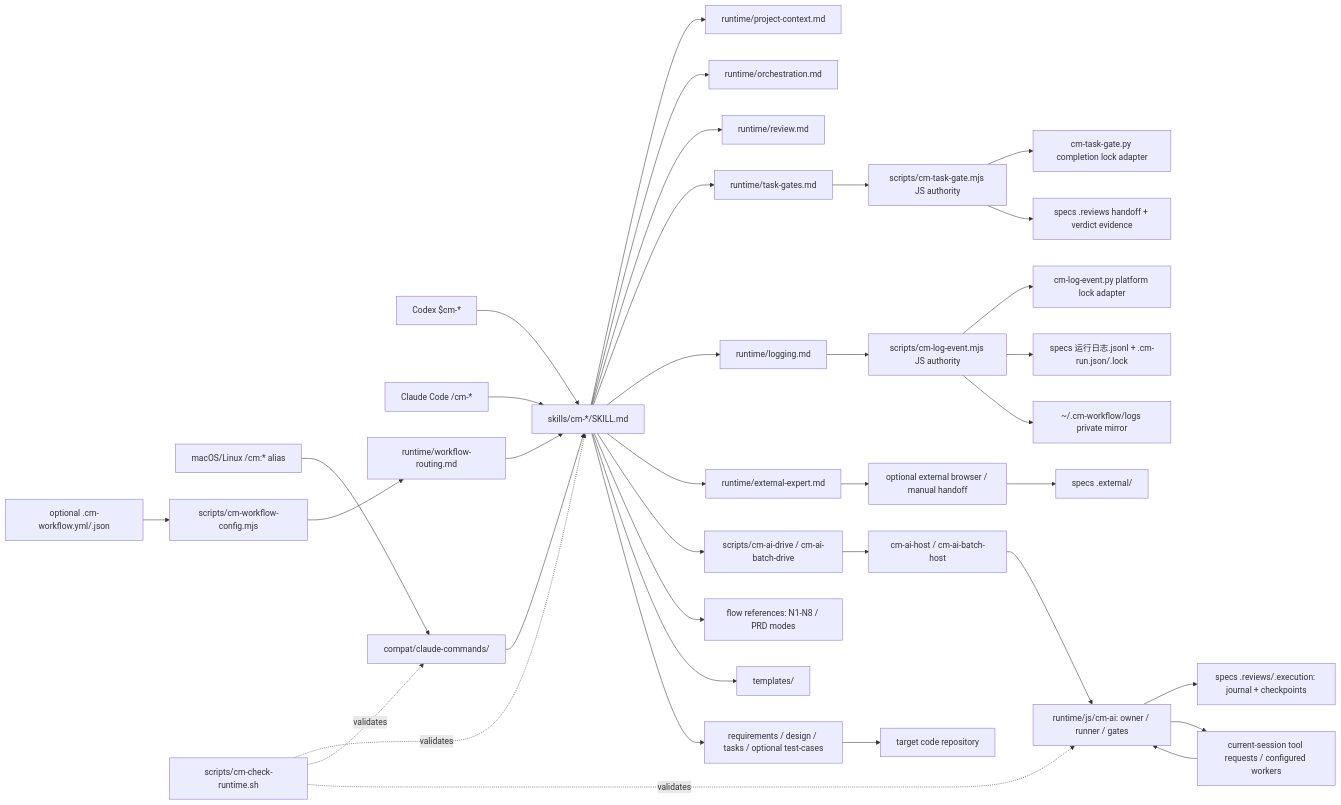
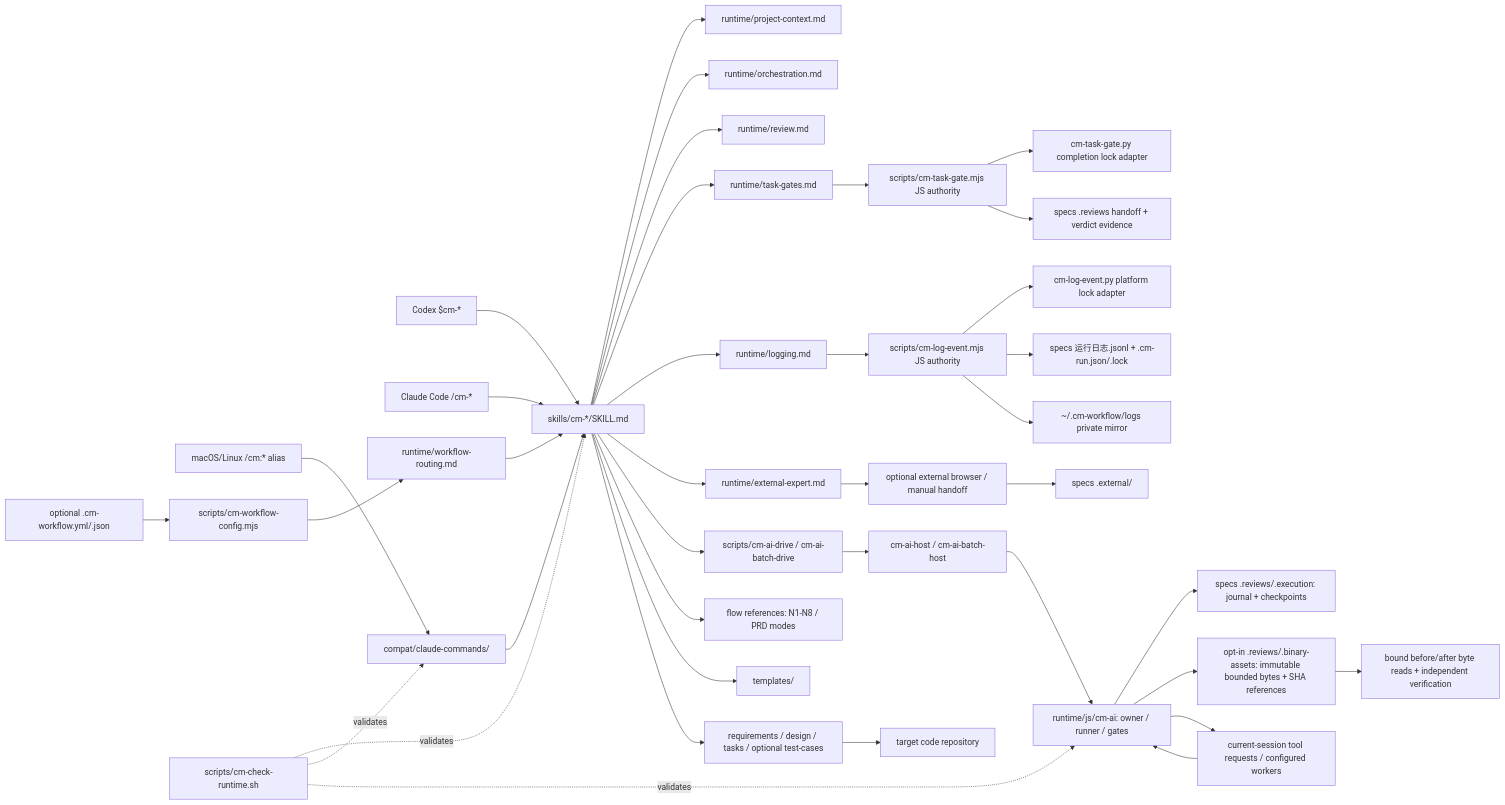
Before and after one commit to kingxiaozhe/cm-workflow: the diagram in docs/architecture.md, drawn with Mermaid. The commit also changed other lines of this file and 197 other files, not shown here.

````diff
--- a/docs/architecture.md
+++ b/docs/architecture.md
@@ -5,38 +5,40 @@
 ```mermaid
 flowchart LR
     Codex["Codex $cm-*"] --> Skills["skills/cm-*/SKILL.md"]
     Claude["Claude Code /cm-*"] --> Skills
     Legacy["macOS/Linux /cm:* alias"] --> Wrappers["compat/claude-commands/"]
     Wrappers --> Skills
     Skills --> Context["runtime/project-context.md"]
     Skills --> Orchestration["runtime/orchestration.md"]
     Skills --> Review["runtime/review.md"]
     Skills --> TaskGates["runtime/task-gates.md"]
     Skills --> Logging["runtime/logging.md"]
     Skills --> External["runtime/external-expert.md"]
     Skills --> Driver["scripts/cm-ai-drive / cm-ai-batch-drive"]
     Driver --> Host["cm-ai-host / cm-ai-batch-host"]
     Host --> RuntimeJS["runtime/js/cm-ai: owner / runner / gates"]
     RuntimeJS --> Durable["specs .reviews/.execution: journal + checkpoints"]
+    RuntimeJS --> Binary["opt-in .reviews/.binary-assets: immutable bounded bytes + SHA references"]
+    Binary --> ReviewTools["bound before/after byte reads + independent verification"]
     RuntimeJS --> ToolRequest["current-session tool requests / configured workers"]
     ToolRequest --> RuntimeJS
     Skills --> References["flow references: N1-N8 / PRD modes"]
     Skills --> Templates["templates/"]
     Skills --> Specs["requirements / design / tasks / optional test-cases"]
     Specs --> Target["target code repository"]
     External --> Provider["optional external browser / manual handoff"]
     Provider --> ExternalEvidence["specs .external/"]
     Logging --> Writer["scripts/cm-log-event.mjs JS authority"]
     Writer --> LockAdapter["cm-log-event.py platform lock adapter"]
     Writer --> ProjectLog["specs 运行日志.jsonl + .cm-run.json/.lock"]
     Writer --> GlobalLog["~/.cm-workflow/logs private mirror"]
     Config["optional .cm-workflow.yml/.json"] --> ConfigCheck["scripts/cm-workflow-config.mjs"]
     ConfigCheck --> Routing["runtime/workflow-routing.md"]
     Routing --> Skills
     TaskGates --> GateCheck["scripts/cm-task-gate.mjs JS authority"]
     GateCheck --> GateLock["cm-task-gate.py completion lock adapter"]
     GateCheck --> Reviews["specs .reviews handoff + verdict evidence"]
     Check["scripts/cm-check-runtime.sh"] -. validates .-> Skills
     Check -. validates .-> Wrappers
     Check -. validates .-> RuntimeJS
 ```
````
